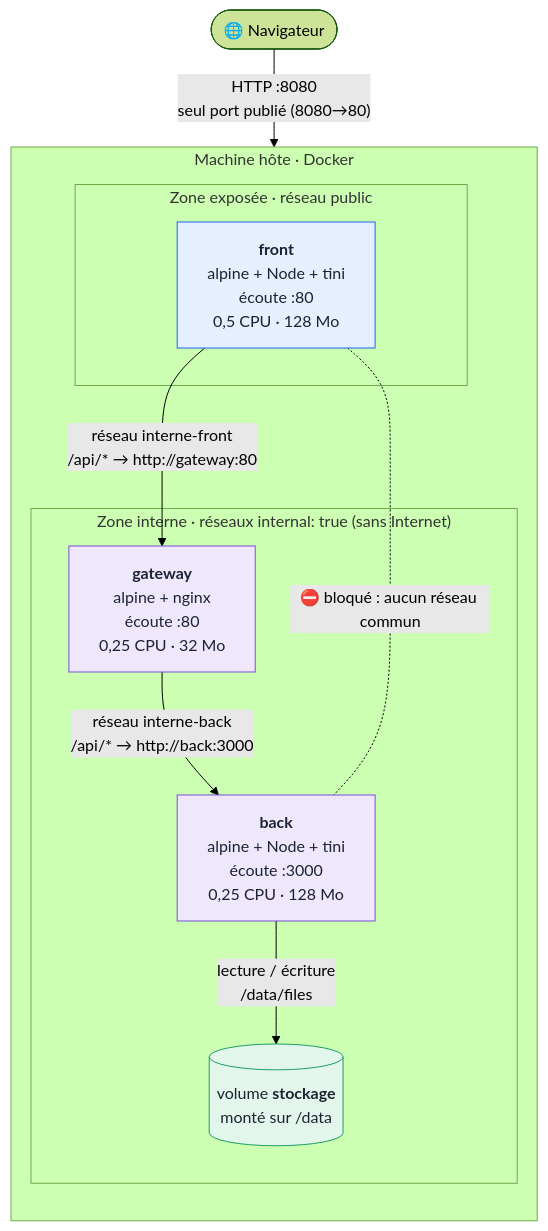
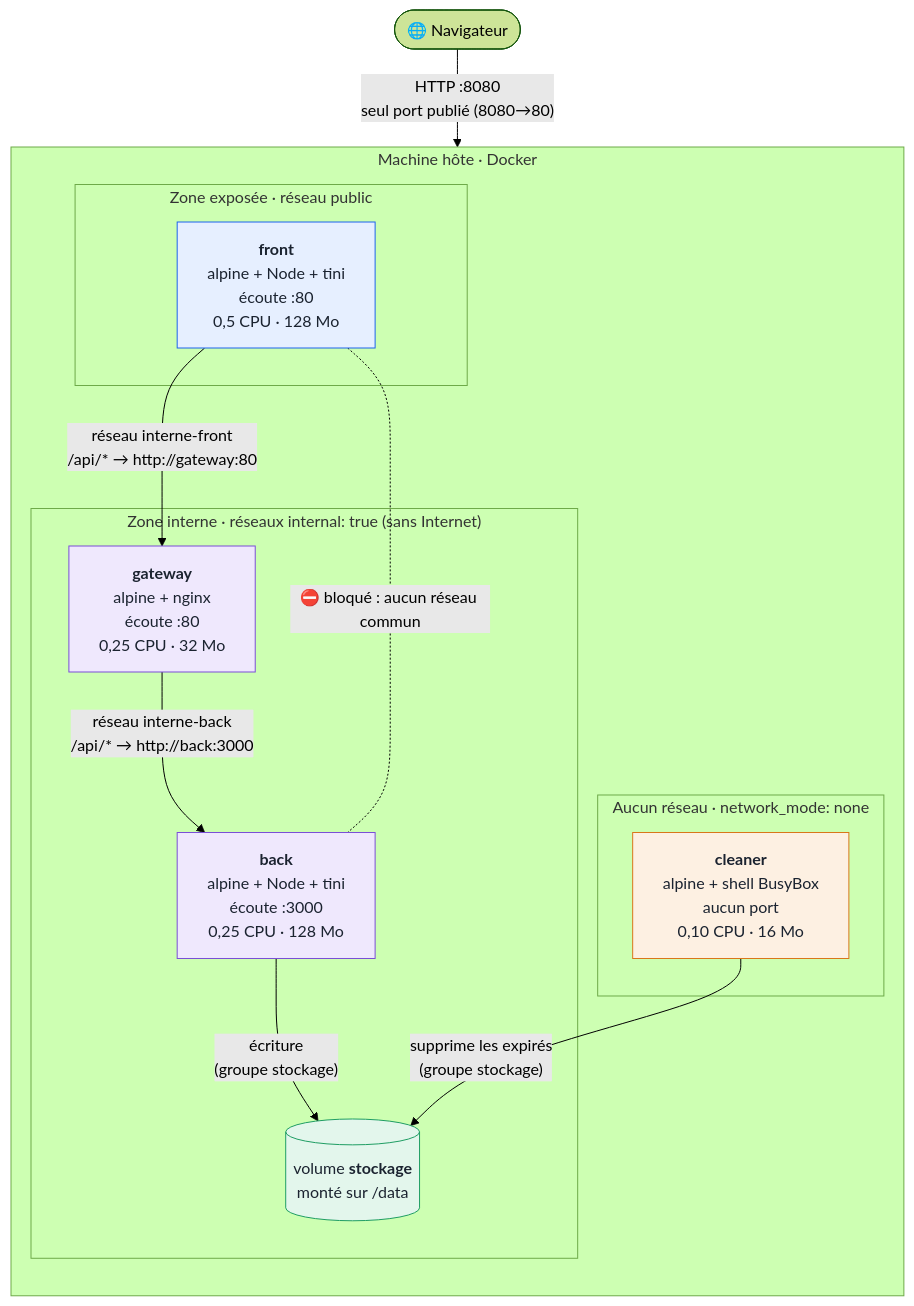
The first of 4 diagrams in README.md (AbadieThomasPro/M2_TP_Docker), drawn with Mermaid (forest theme) before and after one commit. The commit also changed other lines of this file and 8 other files, not shown here.

````diff
--- a/README.md
+++ b/README.md
@@ -53,29 +53,35 @@
 ```mermaid
 flowchart TB
   nav(["🌐 Navigateur"])
 
   subgraph hote["Machine hôte · Docker"]
     direction TB
     subgraph expose["Zone exposée · réseau public"]
       front["<b>front</b><br/>alpine + Node + tini<br/>écoute :80<br/>0,5 CPU · 128 Mo"]
     end
     subgraph interne["Zone interne · réseaux internal: true (sans Internet)"]
       gateway["<b>gateway</b><br/>alpine + nginx<br/>écoute :80<br/>0,25 CPU · 32 Mo"]
       back["<b>back</b><br/>alpine + Node + tini<br/>écoute :3000<br/>0,25 CPU · 128 Mo"]
       vol[("volume <b>stockage</b><br/>monté sur /data")]
     end
+    subgraph isole["Aucun réseau · network_mode: none"]
+      cleaner["<b>cleaner</b><br/>alpine + shell BusyBox<br/>aucun port<br/>0,10 CPU · 16 Mo"]
+    end
   end
 
   nav -- "HTTP :8080<br/>seul port publié (8080→80)" --> front
   front -- "réseau interne-front<br/>/api/* → http://gateway:80" --> gateway
   gateway -- "réseau interne-back<br/>/api/* → http://back:3000" --> back
-  back -- "lecture / écriture<br/>/data/files" --> vol
+  back -- "écriture<br/>(groupe stockage)" --> vol
+  cleaner -- "supprime les expirés<br/>(groupe stockage)" --> vol
   front -. "⛔ bloqué : aucun réseau commun" .- back
 
   classDef pub fill:#e6efff,stroke:#1d63ed,color:#1b2330
   classDef int fill:#efe8fd,stroke:#7a4fd6,color:#1b2330
   classDef data fill:#e3f6ec,stroke:#1f9d63,color:#1b2330
+  classDef iso fill:#fdf0e2,stroke:#d9771a,color:#1b2330
   class front pub
   class gateway,back int
   class vol data
+  class cleaner iso
 ```
````
